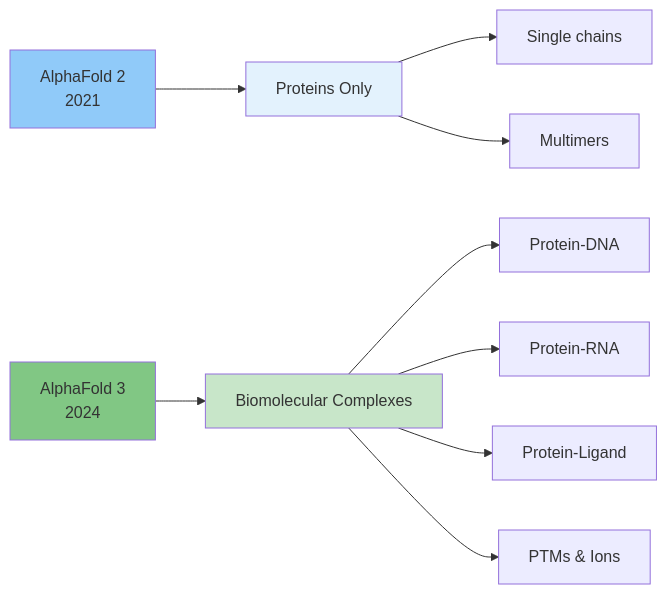
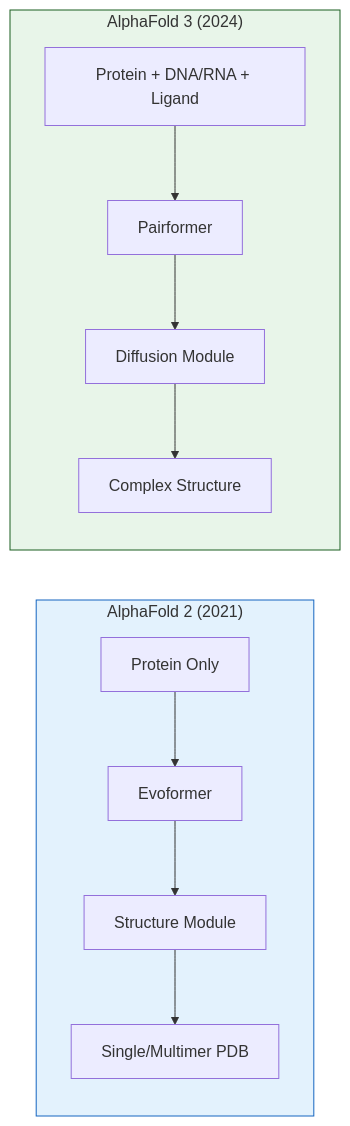
One commit to kimtth/science-alpha-fold-note changed the sixth of 7 diagrams in Diagram.md. Above: the diagram before and after it, drawn with Mermaid. The commit also changed other lines of this file and 2 other files, not shown here.

````diff
--- a/Diagram.md
+++ b/Diagram.md
@@ -262,17 +147,17 @@
 ```mermaid
 flowchart LR
-    A[AlphaFold 2<br/>2021] --> B[Proteins Only]
-    B --> B1[Single chains]
-    B --> B2[Multimers]
-    
-    C[AlphaFold 3<br/>2024] --> D[Biomolecular Complexes]
-    D --> D1[Protein-DNA]
-    D --> D2[Protein-RNA]
-    D --> D3[Protein-Ligand]
-    D --> D4[PTMs & Ions]
-    
-    style A fill:#90caf9
-    style C fill:#81c784
-    style B fill:#e3f2fd
-    style D fill:#c8e6c9
+    subgraph AF2 ["AlphaFold 2 (2021)"]
+        A[Protein Only] --> B[Evoformer]
+        B --> C[Structure Module]
+        C --> D[Single/Multimer PDB]
+    end
+
+    subgraph AF3 ["AlphaFold 3 (2024)"]
+        E[Protein + DNA/RNA + Ligand] --> F[Pairformer]
+        F --> G[Diffusion Module]
+        G --> H[Complex Structure]
+    end
+
+    style AF2 fill:#e3f2fd,stroke:#1565c0
+    style AF3 fill:#e8f5e9,stroke:#1b5e20
 ```
````
